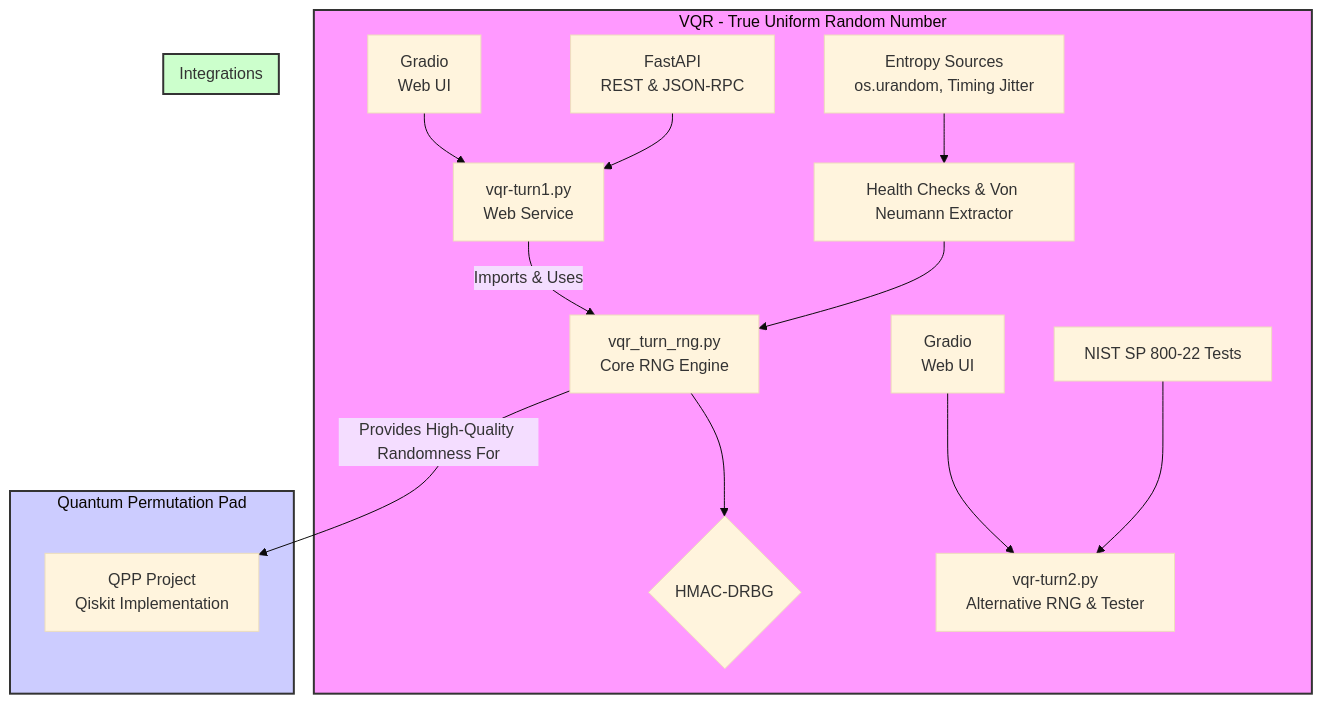
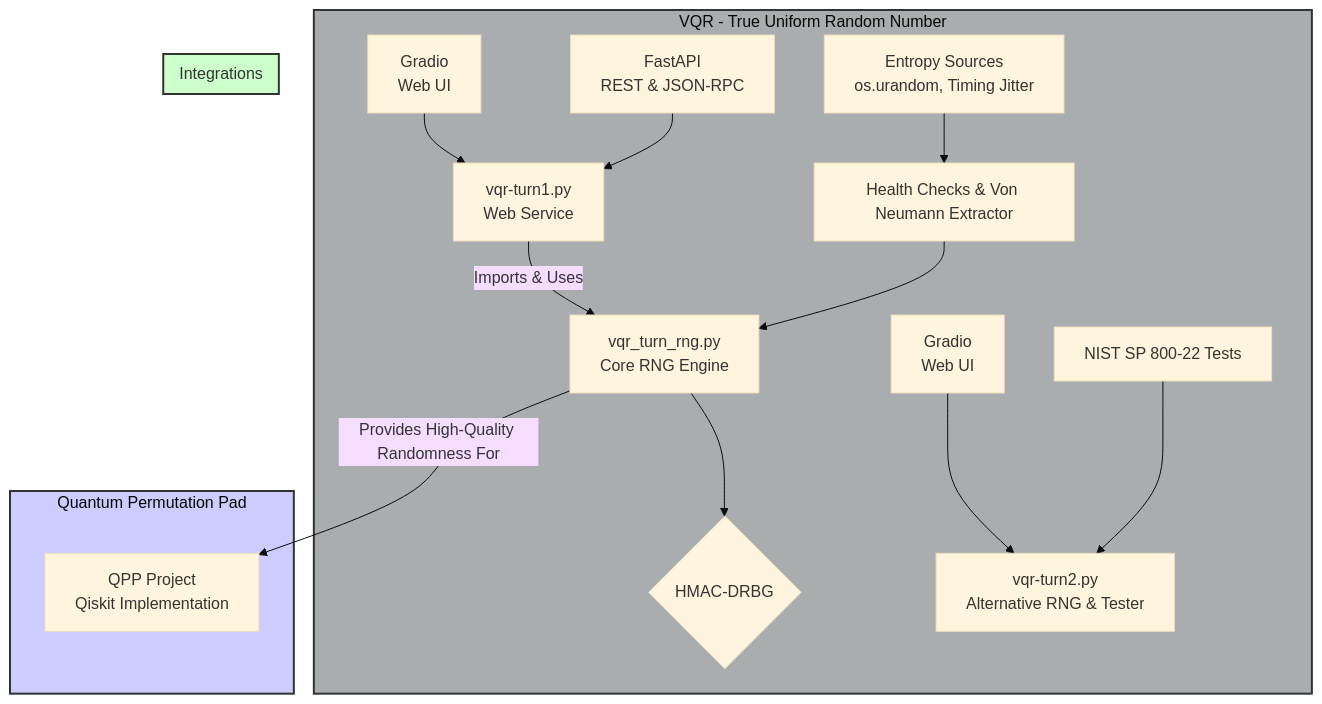
One commit to SAMeh-ZAGhloul/Virtual-Quantum-Reality-VQR_True-Uniform-Random-Number-TURN changed the diagram in README.md. Above: the diagram before and after it, drawn with Mermaid (base theme).

````diff
--- a/README.md
+++ b/README.md
@@ -34,28 +34,28 @@
 ```mermaid
 graph TD
     subgraph VQR_TURN [VQR - True Uniform Random Number]
         A[vqr_turn_rng.py <br> Core RNG Engine] --> B{HMAC-DRBG};
         C[Entropy Sources <br> os.urandom, Timing Jitter] --> D[Health Checks & Von Neumann Extractor];
         D --> A;
 
         E[vqr-turn1.py <br> Web Service] -- "Imports & Uses" --> A;
         F[FastAPI <br> REST & JSON-RPC] --> E;
         G[Gradio <br> Web UI] --> E;
 
         H[vqr-turn2.py <br> Alternative RNG & Tester];
         I[NIST SP 800-22 Tests] --> H;
         J[Gradio <br> Web UI] --> H;
     end
 
     subgraph QPP [Quantum Permutation Pad]
         K[QPP Project <br> Qiskit Implementation];
     end
 
     subgraph Integrations
         A -- "Provides High-Quality Randomness For" --> K;
     end
 
-    style VQR_TURN fill:#ff99ff,stroke:#333,stroke-width:2px
+    style VQR_TURN fill:#a9adb0,stroke:#333,stroke-width:2px
     style QPP fill:#ccf,stroke:#333,stroke-width:2px
     style Integrations fill:#cfc,stroke:#333,stroke-width:2px
 ```
````
